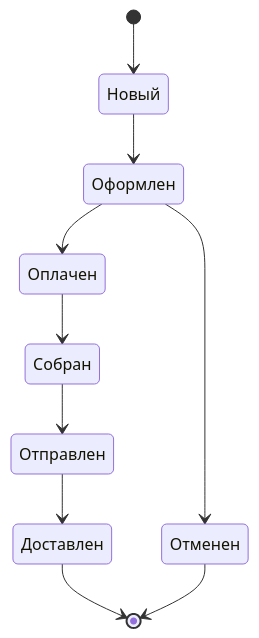
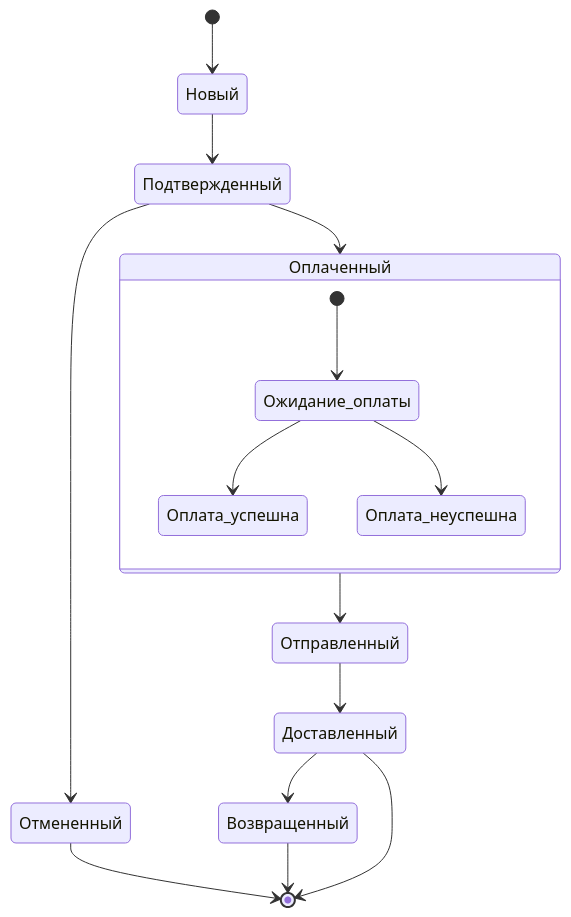
Before and after one commit to Evgeny65ok/mermaid-diagrams: the fifth of 9 diagrams in README.md, drawn with Mermaid. The commit also changed other lines of this file, not shown here.

````diff
--- a/README.md
+++ b/README.md
@@ -92,12 +116,20 @@
 ```mermaid
-stateDiagram
+stateDiagram-v2
     [*] --> Новый
-    Новый --> Оформлен
-    Оформлен --> Оплачен
-    Оформлен --> Отменен
-    Оплачен --> Собран
-    Собран --> Отправлен
-    Отправлен --> Доставлен
-    Доставлен --> [*]
-    Отменен --> [*]
+    Новый --> Подтвержденный
+    Подтвержденный --> Оплаченный
+    Подтвержденный --> Отмененный
+
+    state Оплаченный {
+        [*] --> Ожидание_оплаты
+        Ожидание_оплаты --> Оплата_успешна
+        Ожидание_оплаты --> Оплата_неуспешна
+    }
+
+    Оплаченный --> Отправленный
+    Отправленный --> Доставленный
+    Доставленный --> Возвращенный
+    Доставленный --> [*]
+    Отмененный --> [*]
+    Возвращенный --> [*]
 ```
````
